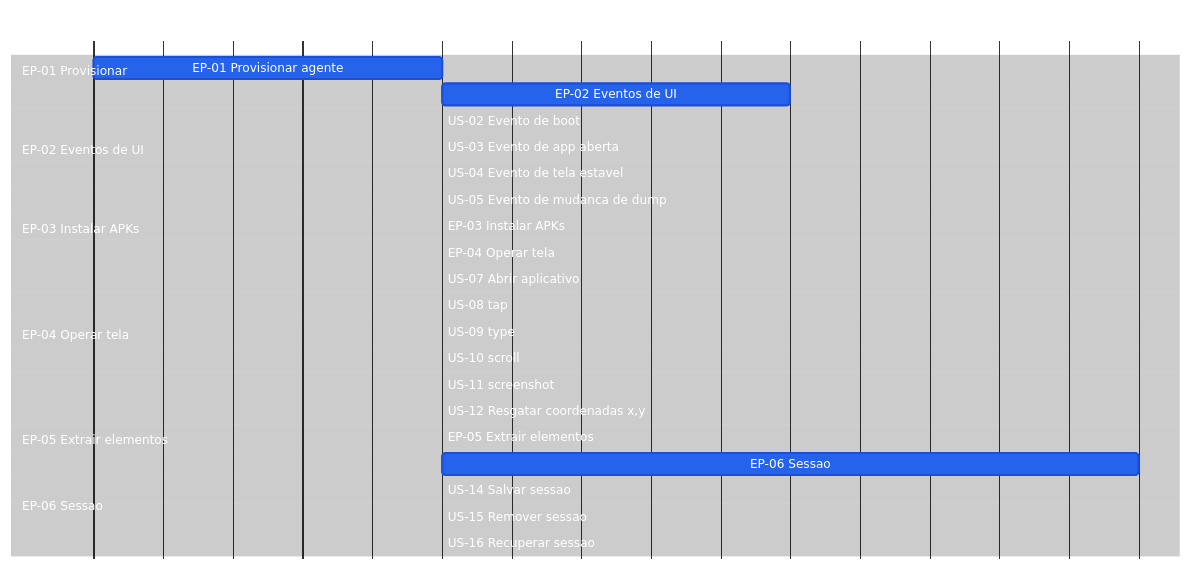
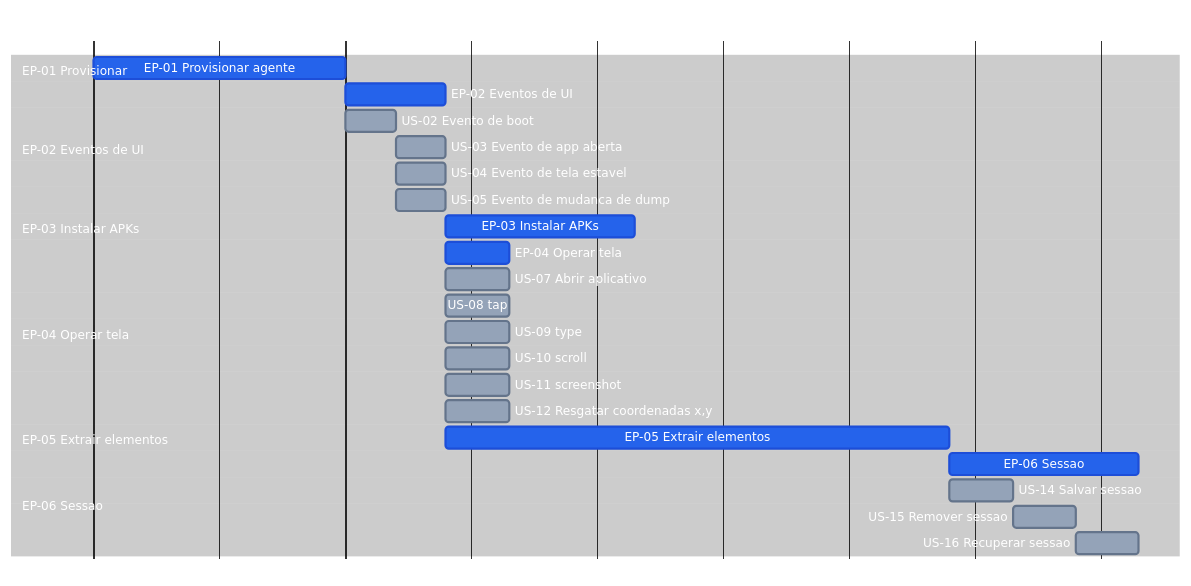
The diagram in connectmax/screen-robot/6.roadmap.md (laerciogermano/workstation), drawn with Mermaid before and after one commit. The commit also changed other lines of this file and 2 other files, not shown here.

Commit message:
Alinha o roadmap ao Gantt de tasks com IDs EP/US e sem SC.

````diff
--- a/connectmax/screen-robot/6.roadmap.md
+++ b/connectmax/screen-robot/6.roadmap.md
@@ -9,70 +9,70 @@
 ```mermaid
 ---
 config:
   theme: base
   themeVariables:
     darkMode: true
     background: '#000000'
     primaryTextColor: '#ffffff'
     secondaryTextColor: '#ffffff'
     tertiaryTextColor: '#ffffff'
     textColor: '#ffffff'
     lineColor: '#333333'
     mainBkg: '#000000'
     secondaryColor: '#000000'
     tertiaryColor: '#000000'
     sectionBkgColor: '#000000'
     sectionBkgColor2: '#000000'
     altSectionBkgColor: '#000000'
     gridColor: '#222222'
     excludeBkgColor: '#000000'
     todayLineColor: '#444444'
     doneTaskBkgColor: '#2563eb'
     doneTaskBorderColor: '#1d4ed8'
     taskBkgColor: '#94a3b8'
     taskBorderColor: '#64748b'
     taskTextColor: '#ffffff'
     taskTextDarkColor: '#ffffff'
     taskTextLightColor: '#ffffff'
     taskTextOutsideColor: '#ffffff'
     critBkgColor: '#2563eb'
     critBorderColor: '#1d4ed8'
     activeTaskBkgColor: '#94a3b8'
     activeTaskBorderColor: '#64748b'
 ---
 gantt
   title screen-robot EP / US
   dateFormat X
   axisFormat %s
 
   section EP-01 Provisionar
-  EP-01 Provisionar agente              :done, ep01, 0, 1
+  EP-01 Provisionar agente              :done, ep01, 0, 60m
 
   section EP-02 Eventos de UI
-  EP-02 Eventos de UI                   :done, ep02, after ep01, 2
-  US-02 Evento de boot                  :us02, after ep01, 1
-  US-03 Evento de app aberta            :us03, after us02, 1
-  US-04 Evento de tela estavel          :us04, after us02, 1
-  US-05 Evento de mudanca de dump       :us05, after us02, 1
+  EP-02 Eventos de UI                   :done, ep02, after ep01, 24m
+  US-02 Evento de boot                  :us02, after ep01, 12m
+  US-03 Evento de app aberta            :us03, after us02, 12m
+  US-04 Evento de tela estavel          :us04, after us02, 12m
+  US-05 Evento de mudanca de dump       :us05, after us02, 12m
 
   section EP-03 Instalar APKs
-  EP-03 Instalar APKs                   :done, ep03, after us05, 1
+  EP-03 Instalar APKs                   :done, ep03, after us05, 45m
 
   section EP-04 Operar tela
-  EP-04 Operar tela                     :done, ep04, after us05, 1
-  US-07 Abrir aplicativo                :us07, after us05, 1
-  US-08 tap                             :us08, after us05, 1
-  US-09 type                            :us09, after us05, 1
-  US-10 scroll                          :us10, after us05, 1
-  US-11 screenshot                      :us11, after us05, 1
-  US-12 Resgatar coordenadas x,y        :us12, after us05, 1
+  EP-04 Operar tela                     :done, ep04, after us05, 15m
+  US-07 Abrir aplicativo                :us07, after us05, 15m
+  US-08 tap                             :us08, after us05, 15m
+  US-09 type                            :us09, after us05, 15m
+  US-10 scroll                          :us10, after us05, 15m
+  US-11 screenshot                      :us11, after us05, 15m
+  US-12 Resgatar coordenadas x,y        :us12, after us05, 15m
 
   section EP-05 Extrair elementos
-  EP-05 Extrair elementos               :done, ep05, after us05, 1
+  EP-05 Extrair elementos               :done, ep05, after us05, 120m
 
   section EP-06 Sessao
-  EP-06 Sessao                          :done, ep06, after ep05, 3
-  US-14 Salvar sessao                   :us14, after ep05, 1
-  US-15 Remover sessao                  :us15, after us14, 1
-  US-16 Recuperar sessao                :us16, after us15, 1
+  EP-06 Sessao                          :done, ep06, after ep05, 45m
+  US-14 Salvar sessao                   :us14, after ep05, 15m
+  US-15 Remover sessao                  :us15, after us14, 15m
+  US-16 Recuperar sessao                :us16, after us15, 15m
 ```
````
